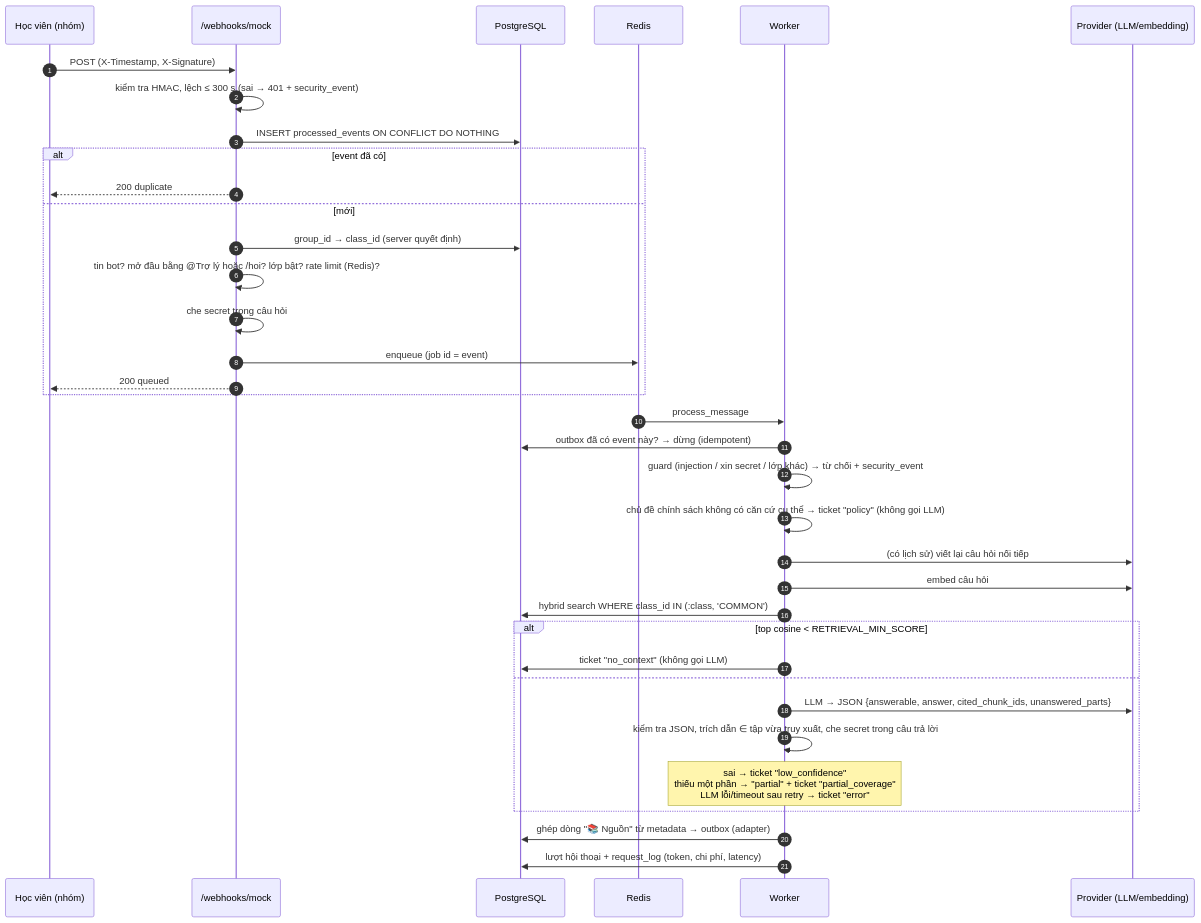
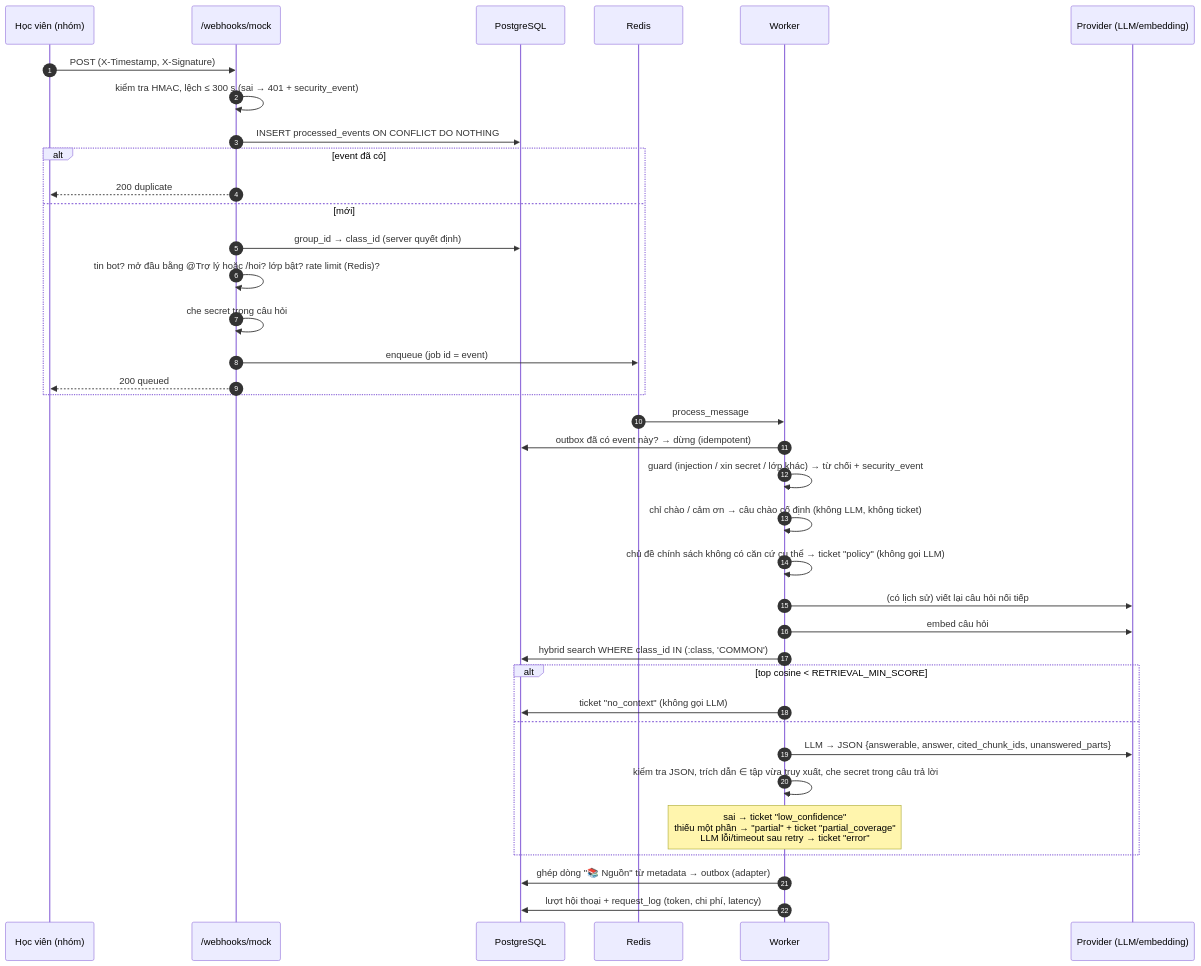
One commit to nguyendat2662003/gos-academy-ai-teaching-assistant changed the second of 5 diagrams in docs/ARCHITECTURE.md. Above: the diagram before and after it, drawn with Mermaid. The commit also changed 12 other files, not shown here.

````diff
--- a/docs/ARCHITECTURE.md
+++ b/docs/ARCHITECTURE.md
@@ -66,39 +66,40 @@
 ```mermaid
 sequenceDiagram
     autonumber
     participant HV as Học viên (nhóm)
     participant WH as /webhooks/mock
     participant DB as PostgreSQL
     participant R as Redis
     participant W as Worker
     participant P as Provider (LLM/embedding)
 
     HV->>WH: POST (X-Timestamp, X-Signature)
     WH->>WH: kiểm tra HMAC, lệch ≤ 300 s (sai → 401 + security_event)
     WH->>DB: INSERT processed_events ON CONFLICT DO NOTHING
     alt event đã có
         WH-->>HV: 200 duplicate
     else mới
         WH->>DB: group_id → class_id (server quyết định)
         WH->>WH: tin bot? mở đầu bằng @Trợ lý hoặc /hoi? lớp bật? rate limit (Redis)?
         WH->>WH: che secret trong câu hỏi
         WH->>R: enqueue (job id = event)
         WH-->>HV: 200 queued
     end
     R->>W: process_message
     W->>DB: outbox đã có event này? → dừng (idempotent)
     W->>W: guard (injection / xin secret / lớp khác) → từ chối + security_event
+    W->>W: chỉ chào / cảm ơn → câu chào cố định (không LLM, không ticket)
     W->>W: chủ đề chính sách không có căn cứ cụ thể → ticket "policy" (không gọi LLM)
     W->>P: (có lịch sử) viết lại câu hỏi nối tiếp
     W->>P: embed câu hỏi
     W->>DB: hybrid search WHERE class_id IN (:class, 'COMMON')
     alt top cosine < RETRIEVAL_MIN_SCORE
         W->>DB: ticket "no_context" (không gọi LLM)
     else
         W->>P: LLM → JSON {answerable, answer, cited_chunk_ids, unanswered_parts}
         W->>W: kiểm tra JSON, trích dẫn ∈ tập vừa truy xuất, che secret trong câu trả lời
         Note over W: sai → ticket "low_confidence"<br/>thiếu một phần → "partial" + ticket "partial_coverage"<br/>LLM lỗi/timeout sau retry → ticket "error"
     end
     W->>DB: ghép dòng "📚 Nguồn" từ metadata → outbox (adapter)
     W->>DB: lượt hội thoại + request_log (token, chi phí, latency)
 ```
````
